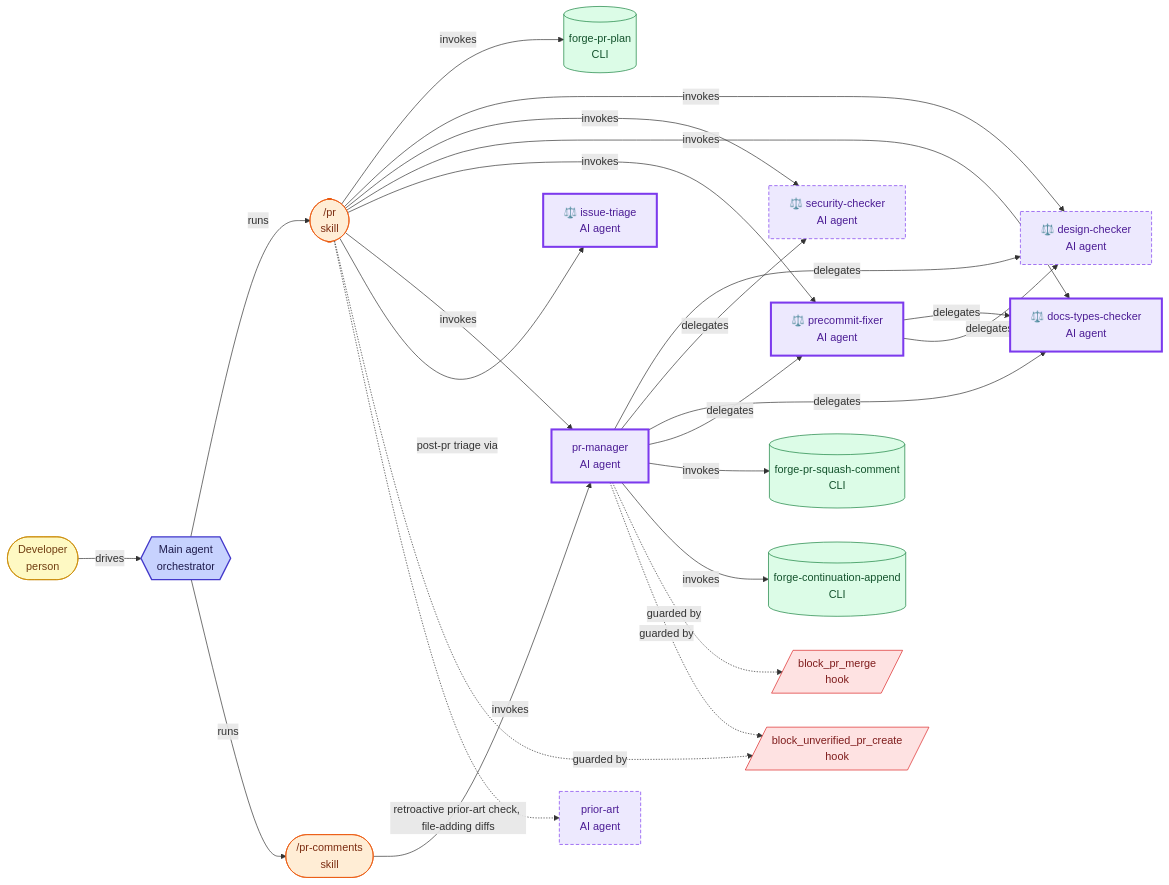
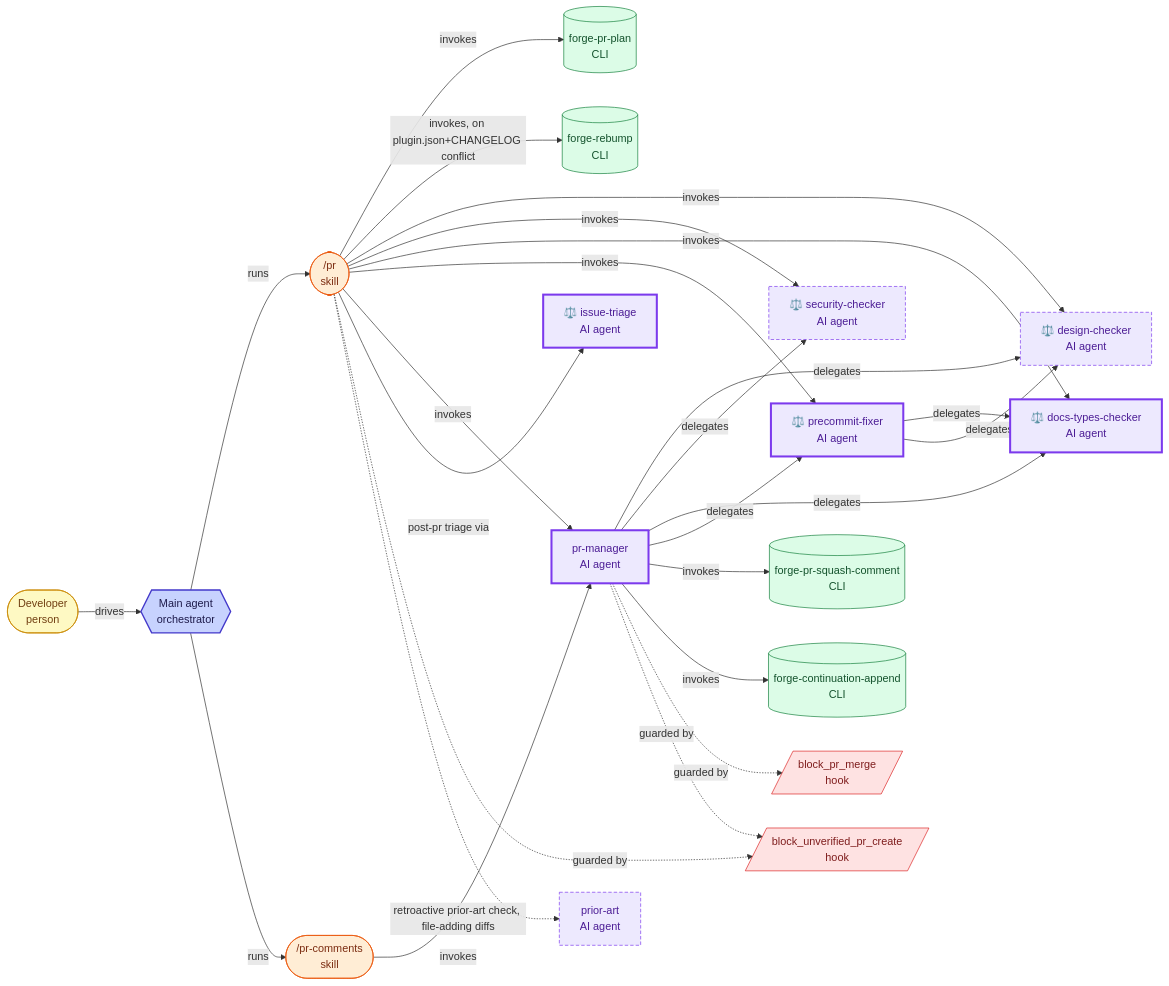
The third of 7 diagrams in docs/agent-architecture.md (misnaej/forge), drawn with Mermaid before and after one commit. The commit also changed 5 other files, not shown here.

````diff
--- a/docs/agent-architecture.md
+++ b/docs/agent-architecture.md
@@ -200,74 +200,77 @@
 ```mermaid
 graph LR
   classDef person fill:#fef9c3,stroke:#ca8a04,color:#713f12
   classDef agent fill:#ede9fe,stroke:#7c3aed,color:#4c1d95
   classDef skill fill:#ffedd5,stroke:#ea580c,color:#7c2d12
   classDef hook fill:#fee2e2,stroke:#dc2626,color:#7f1d1d
   classDef cli fill:#dcfce7,stroke:#15803d,color:#14532d
   classDef policy fill:#f1f5f9,stroke:#64748b,color:#334155
   classDef orchestrator fill:#c7d2fe,stroke:#4338ca,color:#1e1b4b,stroke-width:2px
   classDef reporter stroke-dasharray:5 3
   classDef mutator stroke-width:3px
   human(["Developer<br/>person"])
   main_agent{{"Main agent<br/>orchestrator"}}
   human -->|drives| main_agent
   hk_block_pr_merge[/"block_pr_merge<br/>hook"/]
   hk_block_unverified_pr_create[/"block_unverified_pr_create<br/>hook"/]
   design_checker["⚖️ design-checker<br/>AI agent"]
   docs_types_checker["⚖️ docs-types-checker<br/>AI agent"]
   cli_forge_continuation_append[("forge-continuation-append<br/>CLI")]
   cli_forge_pr_plan[("forge-pr-plan<br/>CLI")]
   cli_forge_pr_squash_comment[("forge-pr-squash-comment<br/>CLI")]
+  cli_forge_rebump[("forge-rebump<br/>CLI")]
   sk_pr(["/pr<br/>skill"])
   prior_art["prior-art<br/>AI agent"]
   pr_manager["pr-manager<br/>AI agent"]
   precommit_fixer["⚖️ precommit-fixer<br/>AI agent"]
   sk_pr_comments(["/pr-comments<br/>skill"])
   security_checker["⚖️ security-checker<br/>AI agent"]
   issue_triage["⚖️ issue-triage<br/>AI agent"]
   main_agent -->|runs| sk_pr
   main_agent -->|runs| sk_pr_comments
   pr_manager -->|delegates| design_checker
   pr_manager -->|delegates| security_checker
   pr_manager -->|delegates| docs_types_checker
   pr_manager -->|delegates| precommit_fixer
   precommit_fixer -->|delegates| docs_types_checker
   precommit_fixer -->|delegates| design_checker
   sk_pr -->|invokes| cli_forge_pr_plan
+  sk_pr -->|invokes, on plugin.json+CHANGELOG conflict| cli_forge_rebump
   sk_pr -->|invokes| design_checker
   sk_pr -->|invokes| security_checker
   sk_pr -->|invokes| docs_types_checker
   sk_pr -->|invokes| precommit_fixer
   sk_pr -->|invokes| pr_manager
   sk_pr -->|post-pr triage via| issue_triage
   sk_pr_comments -->|invokes| pr_manager
   pr_manager -->|invokes| cli_forge_pr_squash_comment
   pr_manager -->|invokes| cli_forge_continuation_append
   pr_manager -.->|guarded by| hk_block_pr_merge
   pr_manager -.->|guarded by| hk_block_unverified_pr_create
   sk_pr -.->|guarded by| hk_block_unverified_pr_create
   sk_pr -.->|retroactive prior-art check, file-adding diffs| prior_art
   class human person
   class main_agent orchestrator
   class hk_block_pr_merge hook
   class hk_block_unverified_pr_create hook
   class prior_art agent
   class prior_art reporter
   class design_checker agent
   class design_checker reporter
   class docs_types_checker agent
   class docs_types_checker mutator
   class cli_forge_continuation_append cli
   class cli_forge_pr_plan cli
   class cli_forge_pr_squash_comment cli
+  class cli_forge_rebump cli
   class sk_pr skill
   class pr_manager agent
   class pr_manager mutator
   class precommit_fixer agent
   class precommit_fixer mutator
   class sk_pr_comments skill
   class security_checker agent
   class security_checker reporter
   class issue_triage agent
   class issue_triage mutator
 ```
````
